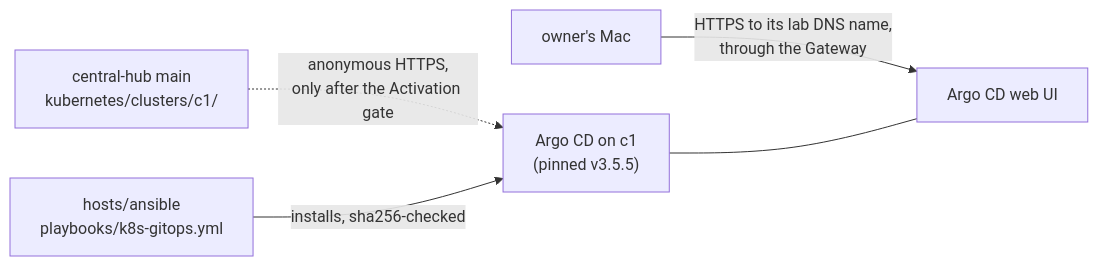
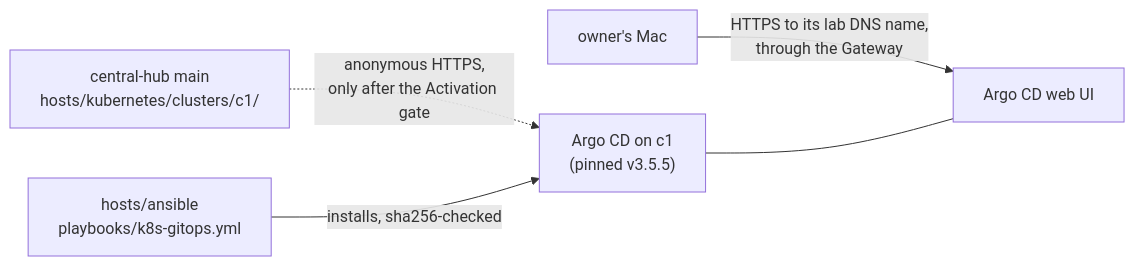
The diagram in docs/decisions/0023-use-argo-cd-as-the-gitops-engine.md (jonhill90/central-hub), drawn with Mermaid before and after one commit. The commit also changed other lines of this file and 20 other files, not shown here.

First line of the commit message:
refactor: move kubernetes/ under hosts/, so the repo root has no kubernetes folder

````diff
--- a/docs/decisions/0023-use-argo-cd-as-the-gitops-engine.md
+++ b/docs/decisions/0023-use-argo-cd-as-the-gitops-engine.md
@@ -50,7 +50,7 @@
 ```mermaid
 flowchart LR
-  repo["central-hub main<br/>kubernetes/clusters/c1/"] -. "anonymous HTTPS,<br/>only after the Activation gate" .-> argo["Argo CD on c1<br/>(pinned v3.5.5)"]
+  repo["central-hub main<br/>hosts/kubernetes/clusters/c1/"] -. "anonymous HTTPS,<br/>only after the Activation gate" .-> argo["Argo CD on c1<br/>(pinned v3.5.5)"]
   ansible["hosts/ansible<br/>playbooks/k8s-gitops.yml"] -- "installs, sha256-checked" --> argo
   mac["owner's Mac"] -- "HTTPS to its lab DNS name,<br/>through the Gateway" --> ui["Argo CD web UI"]
   argo --- ui
 ```
````
